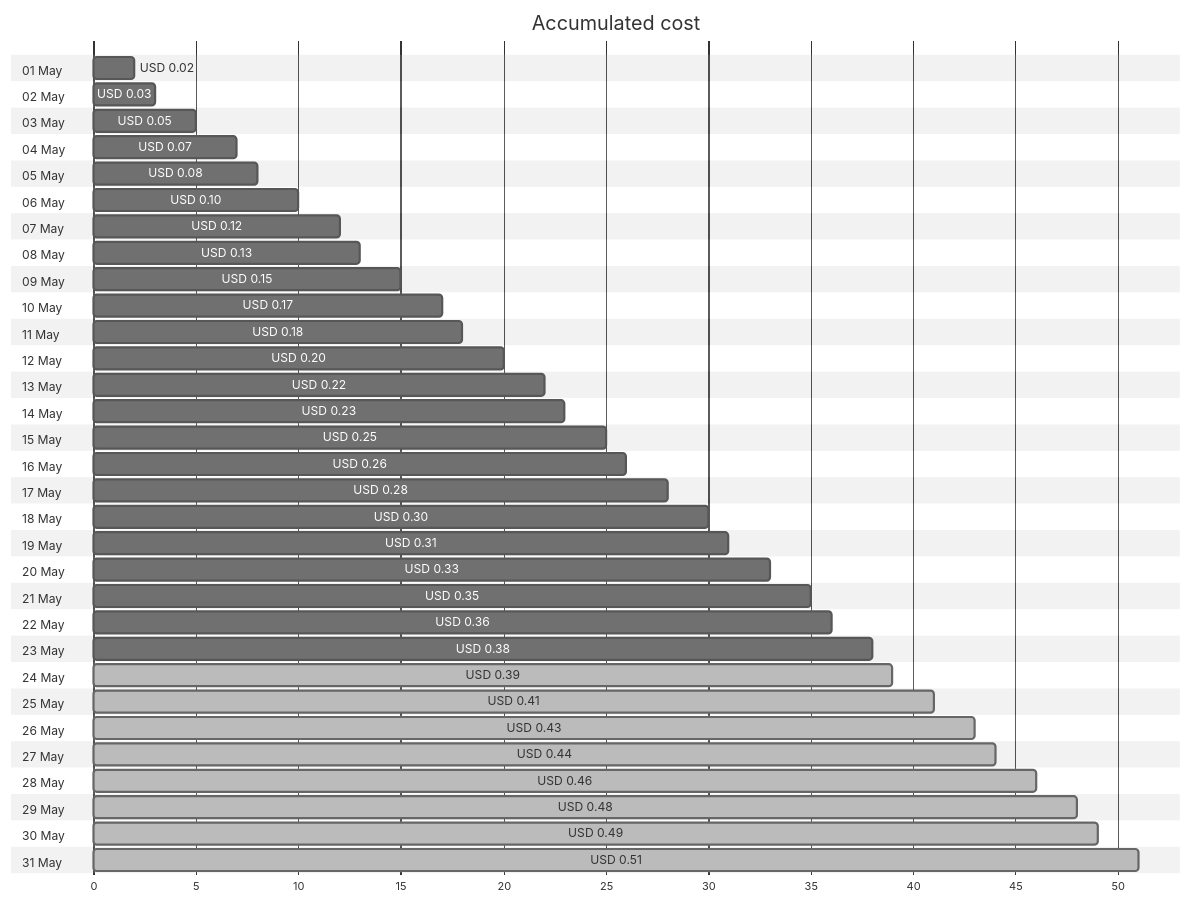
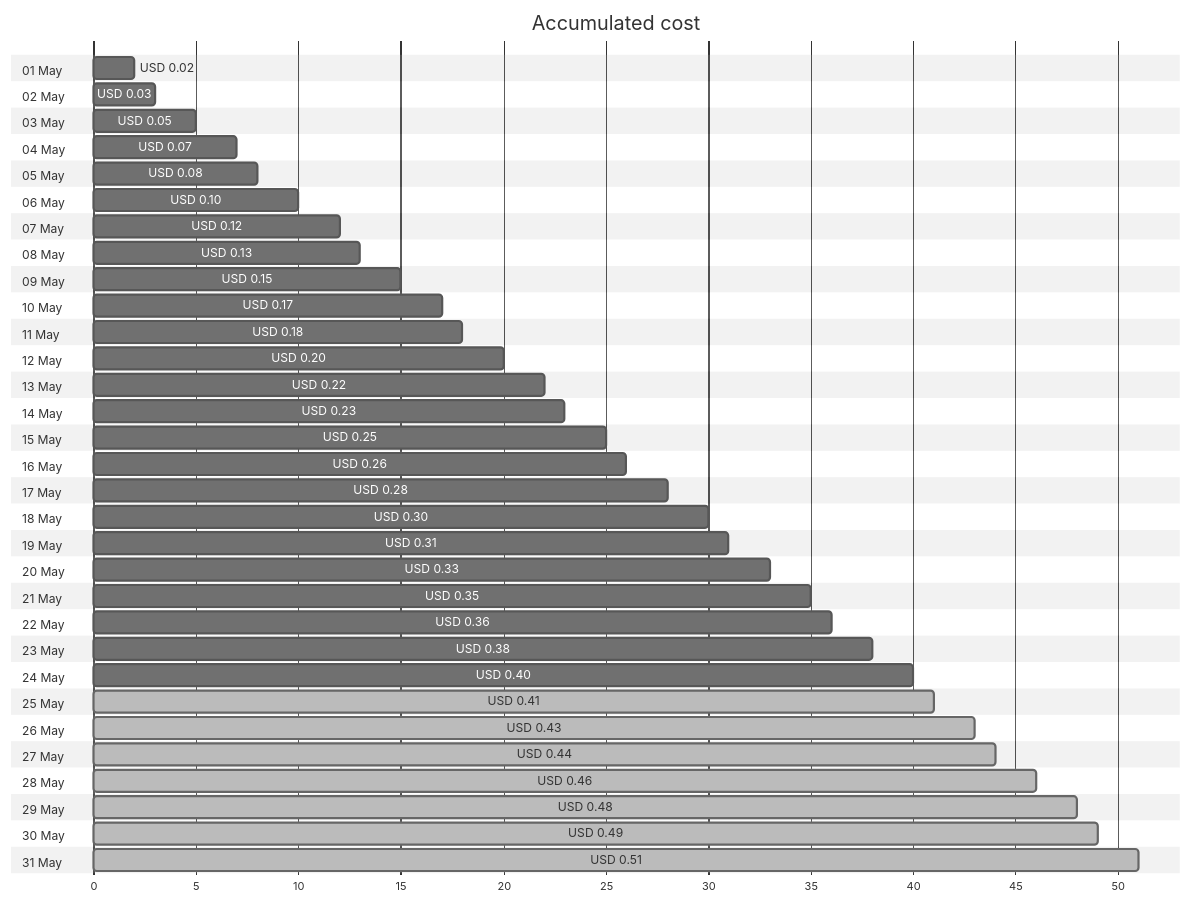
One commit to jpfulton/azure-personal-reports changed the first of 4 diagrams in cost-reports/personal-dns/jpatrickfulton.dev.md. Above: the diagram before and after it, drawn with Mermaid (neutral theme). The commit also changed other lines of this file and 2 other files, not shown here.

````diff
--- a/cost-reports/personal-dns/jpatrickfulton.dev.md
+++ b/cost-reports/personal-dns/jpatrickfulton.dev.md
@@ -20,68 +20,68 @@
 ```mermaid
 gantt
    title Accumulated cost
    dateFormat  X
    axisFormat %s
    section 01 May
    USD 0.02 :0, 2
    section 02 May
    USD 0.03 :0, 3
    section 03 May
    USD 0.05 :0, 5
    section 04 May
    USD 0.07 :0, 7
    section 05 May
    USD 0.08 :0, 8
    section 06 May
    USD 0.10 :0, 10
    section 07 May
    USD 0.12 :0, 12
    section 08 May
    USD 0.13 :0, 13
    section 09 May
    USD 0.15 :0, 15
    section 10 May
    USD 0.17 :0, 17
    section 11 May
    USD 0.18 :0, 18
    section 12 May
    USD 0.20 :0, 20
    section 13 May
    USD 0.22 :0, 22
    section 14 May
    USD 0.23 :0, 23
    section 15 May
    USD 0.25 :0, 25
    section 16 May
    USD 0.26 :0, 26
    section 17 May
    USD 0.28 :0, 28
    section 18 May
    USD 0.30 :0, 30
    section 19 May
    USD 0.31 :0, 31
    section 20 May
    USD 0.33 :0, 33
    section 21 May
    USD 0.35 :0, 35
    section 22 May
    USD 0.36 :0, 36
    section 23 May
    USD 0.38 :0, 38
    section 24 May
-   USD 0.39 : done, 0, 39
+   USD 0.40 :0, 40
    section 25 May
    USD 0.41 : done, 0, 41
    section 26 May
    USD 0.43 : done, 0, 43
    section 27 May
    USD 0.44 : done, 0, 44
    section 28 May
    USD 0.46 : done, 0, 46
    section 29 May
    USD 0.48 : done, 0, 48
    section 30 May
    USD 0.49 : done, 0, 49
    section 31 May
    USD 0.51 : done, 0, 51
 ```
````
